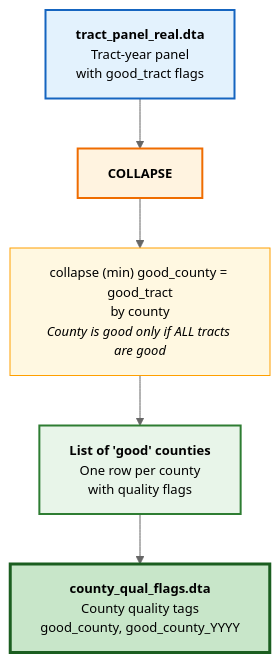
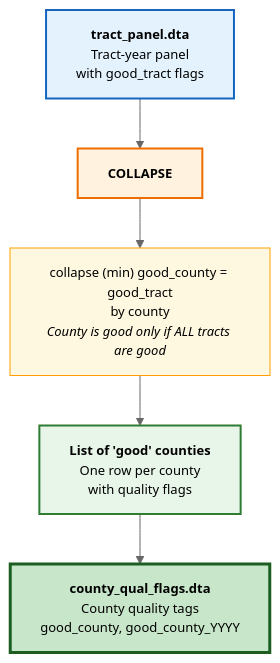
One commit to maowens-HI/research_hub changed the third of 10 diagrams in data_construction_pipeline.qmd. Above: the diagram before and after it, drawn with Mermaid. The commit also changed other lines of this file and 2 other files, not shown here.

````diff
--- a/data_construction_pipeline.qmd
+++ b/data_construction_pipeline.qmd
@@ -645,30 +647,30 @@
 ```{mermaid}
 %%{init: {'theme': 'base', 'themeVariables': { 'primaryColor': '#ffffff', 'primaryTextColor': '#000000', 'primaryBorderColor': '#333333', 'lineColor': '#666666', 'secondaryColor': '#f5f5f5', 'tertiaryColor': '#fafafa', 'fontSize': '13px', 'fontFamily': 'arial'}}}%%
 flowchart TB
-    INPUT["<b>tract_panel_real.dta</b><br/>Tract-year panel<br/>with good_tract flags"]
+    INPUT["<b>tract_panel.dta</b><br/>Tract-year panel<br/>with good_tract flags"]
 
     COLLAPSE_LABEL["<b>COLLAPSE</b>"]
     COLLAPSE_OP["collapse (min) good_county = good_tract<br/>by county<br/><i>County is good only if ALL tracts are good</i>"]
 
     LIST["<b>List of 'good' counties</b><br/>One row per county<br/>with quality flags"]
 
     OUTPUT["<b>county_qual_flags.dta</b><br/>County quality tags<br/>good_county, good_county_YYYY"]
 
     INPUT --> COLLAPSE_LABEL
     COLLAPSE_LABEL --> COLLAPSE_OP
     COLLAPSE_OP --> LIST
     LIST --> OUTPUT
 
     %% Styling
     classDef sourceBox fill:#e3f2fd,stroke:#1565c0,stroke-width:2px,color:#000000
     classDef stepLabel fill:#fff3e0,stroke:#ef6c00,stroke-width:2px,color:#000000
     classDef filterBox fill:#fff8e1,stroke:#ffa000,stroke-width:1px,color:#000000
     classDef outputBox fill:#e8f5e9,stroke:#2e7d32,stroke-width:2px,color:#000000
     classDef finalBox fill:#c8e6c9,stroke:#1b5e20,stroke-width:3px,color:#000000
 
     class INPUT sourceBox
     class COLLAPSE_LABEL stepLabel
     class COLLAPSE_OP filterBox
     class LIST outputBox
     class OUTPUT finalBox
 ```
````
